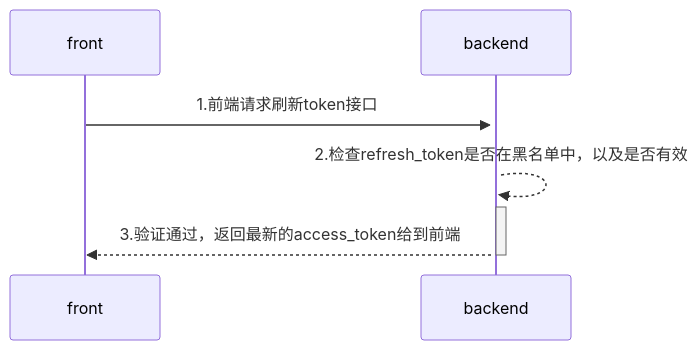
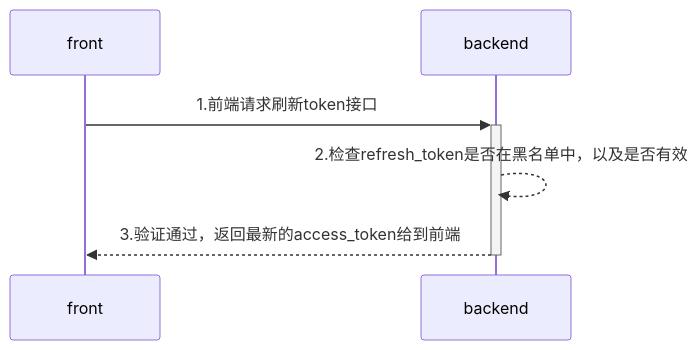
Before and after one commit to yingjianzh/iodraw-files: the diagram in all/未命名-4.md, drawn with Mermaid.

Commit message:
2024-08-02 18:04:31 update

````diff
--- a/all/未命名-4.md
+++ b/all/未命名-4.md
@@ -1,6 +1,6 @@
 ```mermaid
 sequenceDiagram
     front->>+backend: 1.前端请求刷新token接口
-    backend-->>+backend: 2.检查refresh_token是否在黑名单中，以及是否有效
+    backend-->>backend: 2.检查refresh_token是否在黑名单中，以及是否有效
     backend-->>-front: 3.验证通过，返回最新的access_token给到前端
 ```
````
